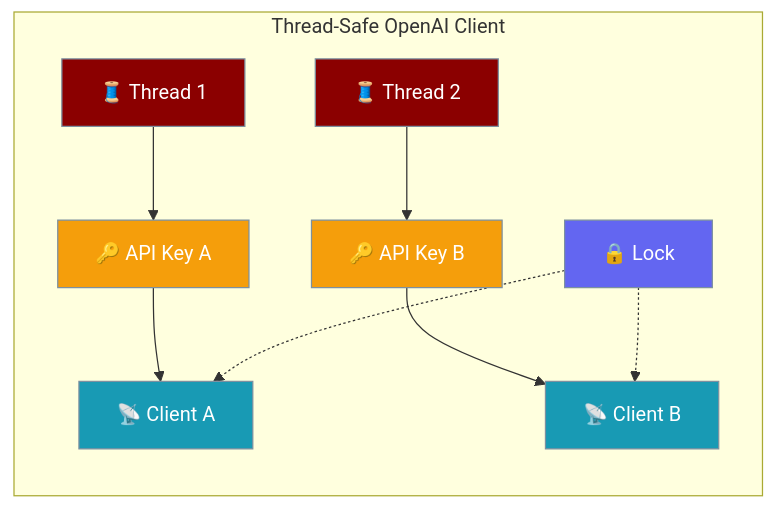
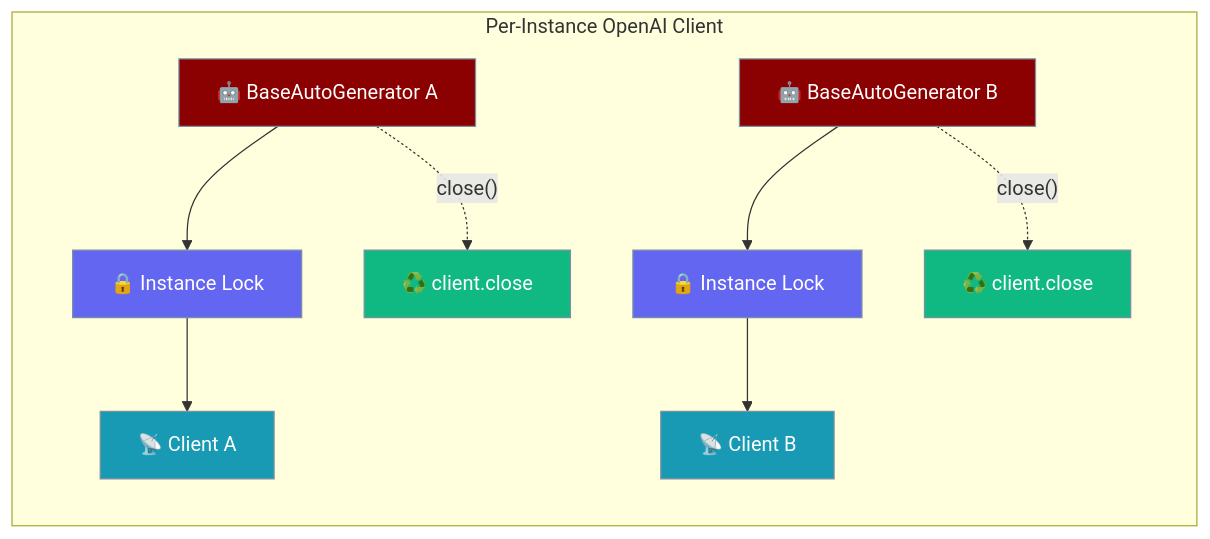
One commit to MervinPraison/PraisonAIDocs changed the second of 2 diagrams in docs/features/thread-safety.mdx. Above: the diagram before and after it, drawn with Mermaid. The commit also changed other lines of this file and 2 other files, not shown here.

First line of the commit message:
docs: update wrapper-layer concurrency docs for PR #1681 (per-instance OpenAI client, _async_bridge in _run_praisonai, inbuilt_tools lazy-load)

````diff
--- a/docs/features/thread-safety.mdx
+++ b/docs/features/thread-safety.mdx
@@ -329,21 +329,19 @@
 ```mermaid
 graph LR
-    subgraph "Thread-Safe OpenAI Client"
-        T1[🧵 Thread 1] --> K1[🔑 API Key A]
-        T2[🧵 Thread 2] --> K2[🔑 API Key B]
-        K1 --> C1[📡 Client A]
-        K2 --> C2[📡 Client B]
-        L[🔒 Lock] -.-> C1
-        L -.-> C2
+    subgraph "Per-Instance OpenAI Client"
+        G1[🤖 BaseAutoGenerator A] --> L1[🔒 Instance Lock] --> C1[📡 Client A]
+        G2[🤖 BaseAutoGenerator B] --> L2[🔒 Instance Lock] --> C2[📡 Client B]
+        G1 -.close().-> X1[♻️ client.close]
+        G2 -.close().-> X2[♻️ client.close]
     end
-    
-    classDef thread fill:#8B0000,stroke:#7C90A0,color:#fff
-    classDef key fill:#F59E0B,stroke:#7C90A0,color:#fff
+
+    classDef generator fill:#8B0000,stroke:#7C90A0,color:#fff
+    classDef lock fill:#6366F1,stroke:#7C90A0,color:#fff
     classDef client fill:#189AB4,stroke:#7C90A0,color:#fff
-    classDef lock fill:#6366F1,stroke:#7C90A0,color:#fff
-    
-    class T1,T2 thread
-    class K1,K2 key
+    classDef cleanup fill:#10B981,stroke:#7C90A0,color:#fff
+
+    class G1,G2 generator
+    class L1,L2 lock
     class C1,C2 client
-    class L lock
+    class X1,X2 cleanup
 ```
````
